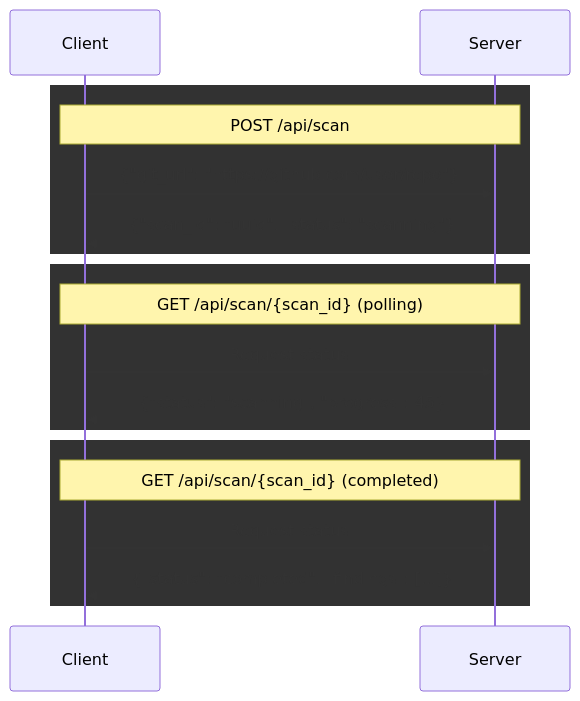
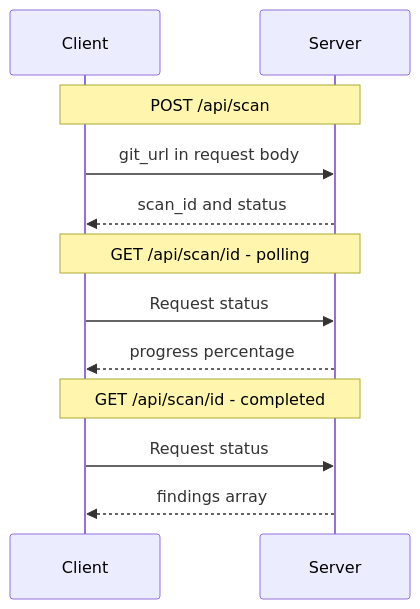
One commit to alamshoaib134/git-secret-scanner changed the seventh of 18 diagrams in architecture/LLD.md. Above: the diagram before and after it, drawn with Mermaid. The commit also changed other lines of this file and 1 other file, not shown here.

First line of the commit message:
Fix Mermaid syntax errors in architecture diagrams

````diff
--- a/architecture/LLD.md
+++ b/architecture/LLD.md
@@ -227,23 +222,17 @@
 ```mermaid
 sequenceDiagram
     participant C as Client
     participant S as Server
 
-    rect rgb(50, 50, 50)
-        Note over C,S: POST /api/scan
-        C->>S: {"git_url": "https://github.com/user/repo"}
-        S-->>C: {"scan_id": "uuid", "status": "scanning"}
-    end
+    Note over C,S: POST /api/scan
+    C->>S: git_url in request body
+    S-->>C: scan_id and status
 
-    rect rgb(50, 50, 50)
-        Note over C,S: GET /api/scan/{scan_id} (polling)
-        C->>S: Request status
-        S-->>C: {"status": "scanning", "progress": 45}
-    end
+    Note over C,S: GET /api/scan/id - polling
+    C->>S: Request status
+    S-->>C: progress percentage
 
-    rect rgb(50, 50, 50)
-        Note over C,S: GET /api/scan/{scan_id} (completed)
-        C->>S: Request status
-        S-->>C: {"status": "completed", "findings": [...]}
-    end
+    Note over C,S: GET /api/scan/id - completed
+    C->>S: Request status
+    S-->>C: findings array
 ```
````
